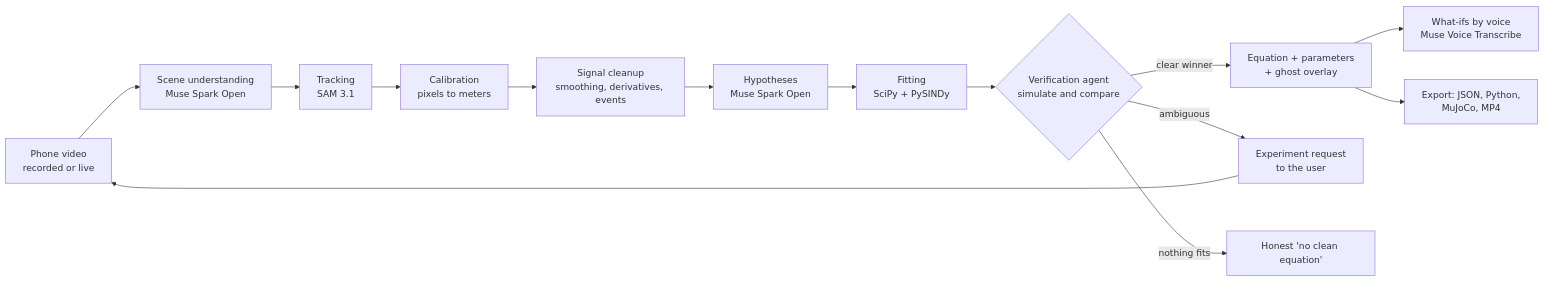
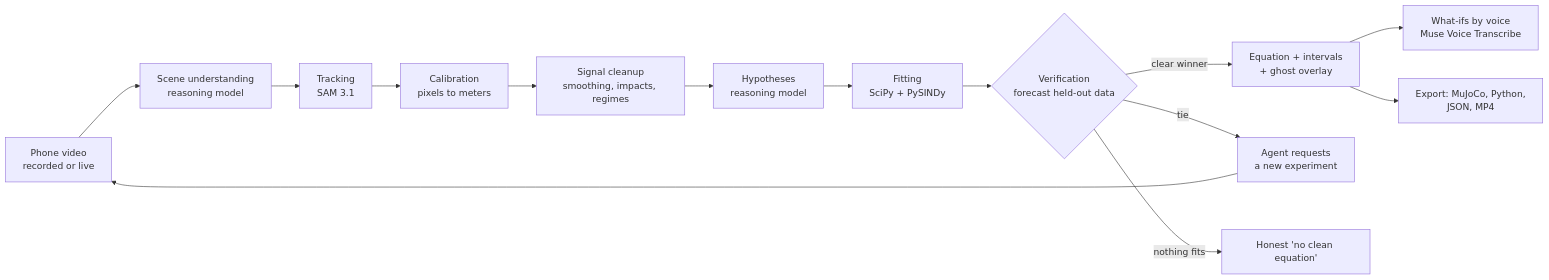
Before and after one commit to Athmeeya2006/Physicslens: the diagram in README.md, drawn with Mermaid. The commit also changed other lines of this file, not shown here.

````diff
--- a/README.md
+++ b/README.md
@@ -46,16 +54,16 @@
 ```mermaid
 flowchart LR
-    A[Phone video<br/>recorded or live] --> B[Scene understanding<br/>Muse Spark Open]
+    A[Phone video<br/>recorded or live] --> B[Scene understanding<br/>reasoning model]
     B --> C[Tracking<br/>SAM 3.1]
     C --> D[Calibration<br/>pixels to meters]
-    D --> E[Signal cleanup<br/>smoothing, derivatives, events]
-    E --> F[Hypotheses<br/>Muse Spark Open]
+    D --> E[Signal cleanup<br/>smoothing, impacts, regimes]
+    E --> F[Hypotheses<br/>reasoning model]
     F --> G[Fitting<br/>SciPy + PySINDy]
-    G --> H{Verification agent<br/>simulate and compare}
-    H -- clear winner --> I[Equation + parameters<br/>+ ghost overlay]
-    H -- ambiguous --> J[Experiment request<br/>to the user]
+    G --> H{Verification<br/>forecast held-out data}
+    H -- clear winner --> I[Equation + intervals<br/>+ ghost overlay]
+    H -- tie --> J[Agent requests<br/>a new experiment]
     J --> A
     H -- nothing fits --> K[Honest 'no clean equation']
     I --> L[What-ifs by voice<br/>Muse Voice Transcribe]
-    I --> M[Export: JSON, Python,<br/>MuJoCo, MP4]
+    I --> M[Export: MuJoCo, Python,<br/>JSON, MP4]
 ```
````
